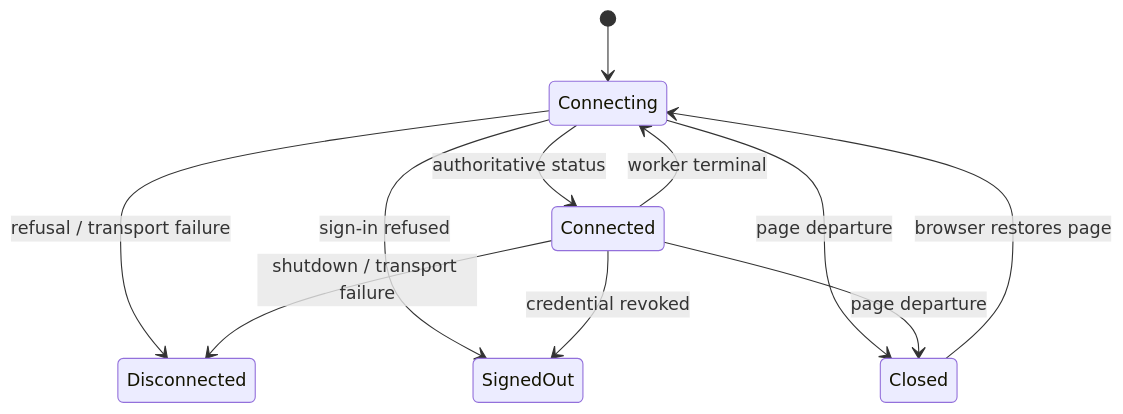
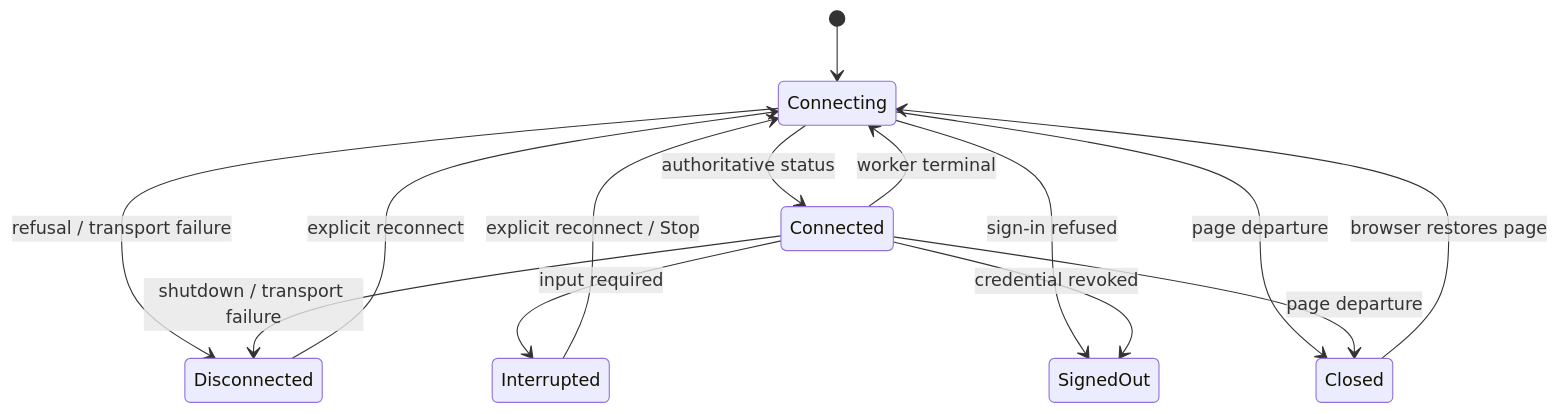
One commit to plurnk/plurnk-web changed the diagram in SPEC.md. Above: the diagram before and after it, drawn with Mermaid. The commit also changed other lines of this file and 9 other files, not shown here.

Commit message:
feat(web): add native message composer and explicit Stop (#35)

````diff
--- a/SPEC.md
+++ b/SPEC.md
@@ -274,13 +274,16 @@
 ```mermaid
 stateDiagram-v2
     [*] --> Connecting
     Connecting --> Connected: authoritative status
     Connected --> Connecting: worker terminal
     Connecting --> Disconnected: refusal / transport failure
     Connected --> Disconnected: shutdown / transport failure
+    Connected --> Interrupted: input required
+    Interrupted --> Connecting: explicit reconnect / Stop
+    Disconnected --> Connecting: explicit reconnect
     Connecting --> SignedOut: sign-in refused
     Connected --> SignedOut: credential revoked
     Connecting --> Closed: page departure
     Connected --> Closed: page departure
     Closed --> Connecting: browser restores page
 ```
````
